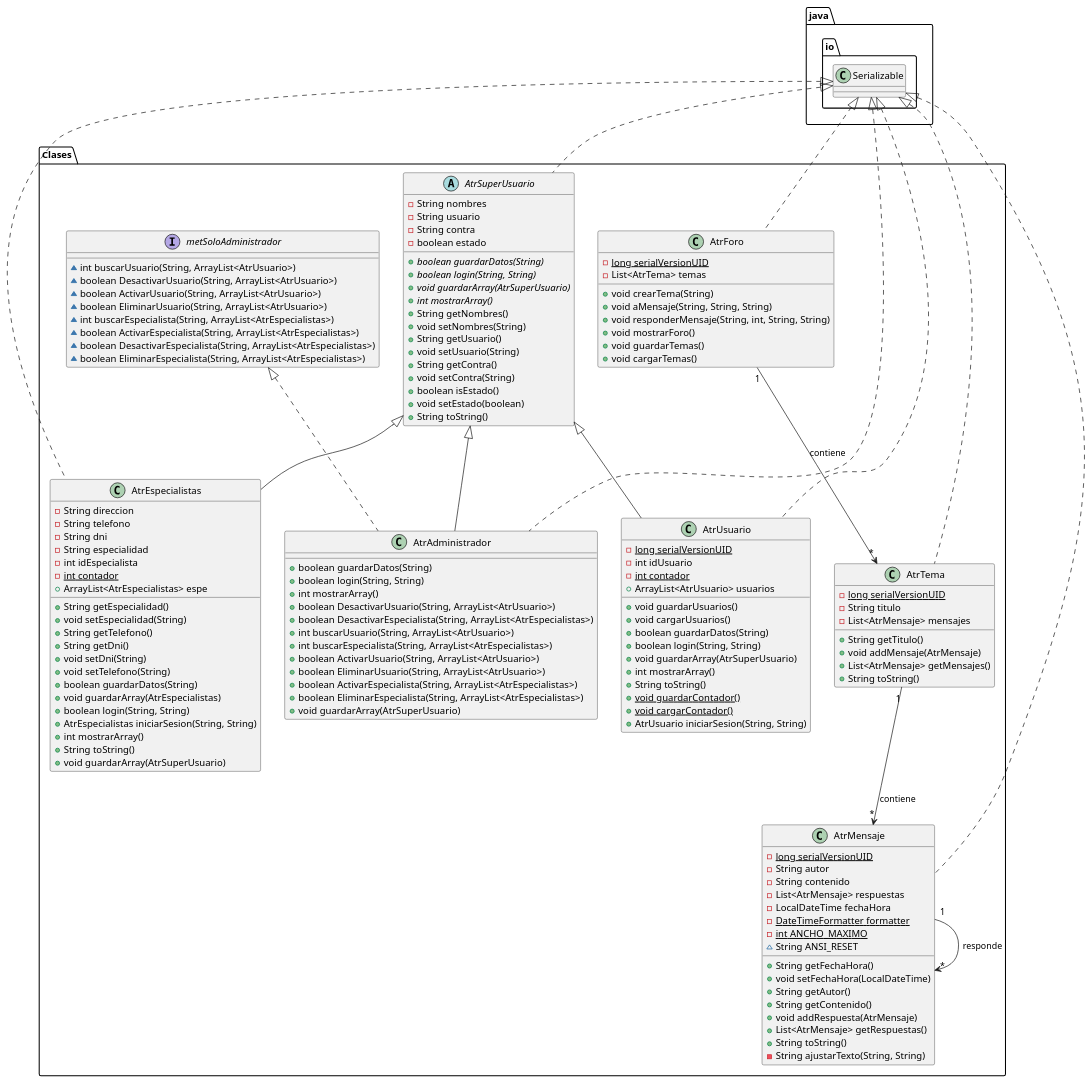
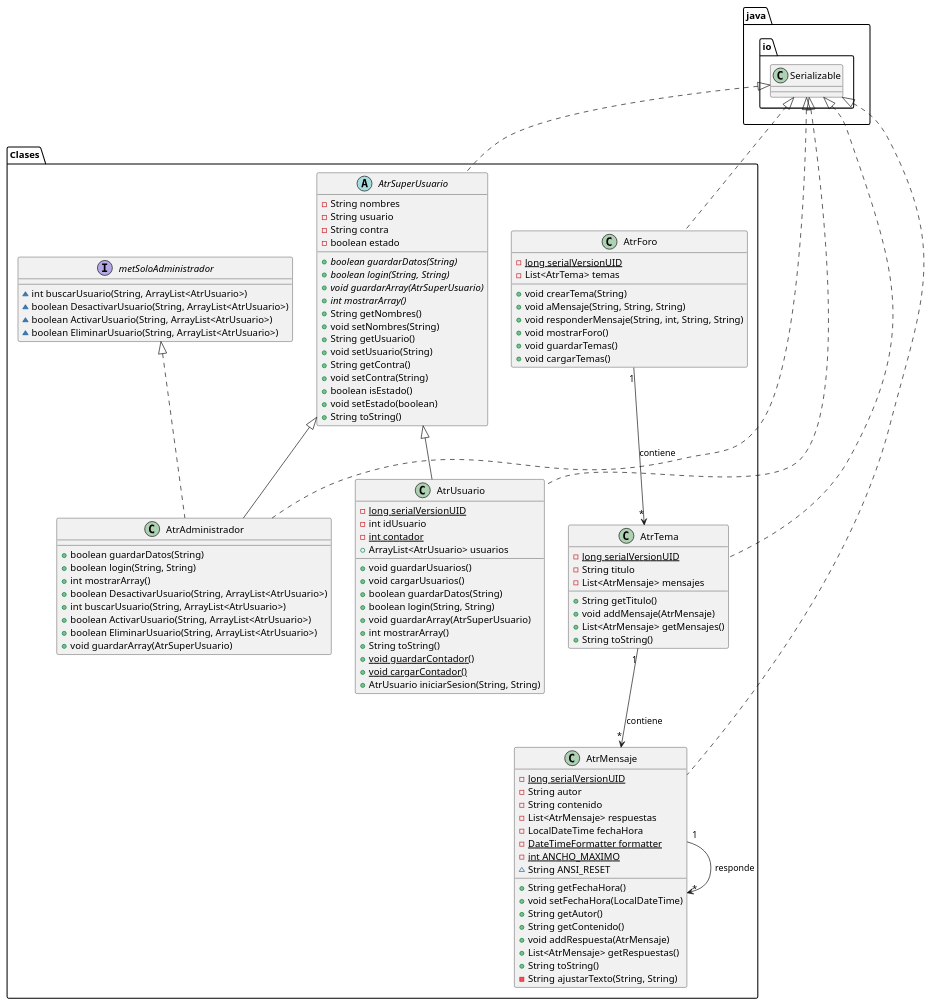
Before and after one commit to ccj14a/SistemaForoProyecto: the diagram in uml.puml, drawn with PlantUML. The commit also changed 20 other files, not shown here.

```diff
--- a/uml.puml
+++ b/uml.puml
@@ -1,148 +1,117 @@
 @startuml
 class Clases.AtrAdministrador {
 + boolean guardarDatos(String)
 + boolean login(String, String)
 + int mostrarArray()
 + boolean DesactivarUsuario(String, ArrayList<AtrUsuario>)
-+ boolean DesactivarEspecialista(String, ArrayList<AtrEspecialistas>)
 + int buscarUsuario(String, ArrayList<AtrUsuario>)
-+ int buscarEspecialista(String, ArrayList<AtrEspecialistas>)
 + boolean ActivarUsuario(String, ArrayList<AtrUsuario>)
 + boolean EliminarUsuario(String, ArrayList<AtrUsuario>)
-+ boolean ActivarEspecialista(String, ArrayList<AtrEspecialistas>)
-+ boolean EliminarEspecialista(String, ArrayList<AtrEspecialistas>)
 + void guardarArray(AtrSuperUsuario)
 }
 
-class Clases.AtrEspecialistas {
-- String direccion
-- String telefono
-- String dni
-- String especialidad
-- int idEspecialista
-- {static} int contador
-+ ArrayList<AtrEspecialistas> espe
-+ String getEspecialidad()
-+ void setEspecialidad(String)
-+ String getTelefono()
-+ String getDni()
-+ void setDni(String)
-+ void setTelefono(String)
-+ boolean guardarDatos(String)
-+ void guardarArray(AtrEspecialistas)
-+ boolean login(String, String)
-+ AtrEspecialistas iniciarSesion(String, String)
-+ int mostrarArray()
-+ String toString()
-+ void guardarArray(AtrSuperUsuario)
-}
+
 
 class Clases.AtrMensaje {
 - {static} long serialVersionUID
 - String autor
 - String contenido
 - List<AtrMensaje> respuestas
 - LocalDateTime fechaHora
 - {static} DateTimeFormatter formatter
 - {static} int ANCHO_MAXIMO
 ~ String ANSI_RESET
 + String getFechaHora()
 + void setFechaHora(LocalDateTime)
 + String getAutor()
 + String getContenido()
 + void addRespuesta(AtrMensaje)
 + List<AtrMensaje> getRespuestas()
 + String toString()
 - String ajustarTexto(String, String)
 }
 
 class Clases.AtrUsuario {
 - {static} long serialVersionUID
 - int idUsuario
 - {static} int contador
 + ArrayList<AtrUsuario> usuarios
 + void guardarUsuarios()
 + void cargarUsuarios()
 + boolean guardarDatos(String)
 + boolean login(String, String)
 + void guardarArray(AtrSuperUsuario)
 + int mostrarArray()
 + String toString()
 + {static} void guardarContador()
 + {static} void cargarContador()
 + AtrUsuario iniciarSesion(String, String)
 }
 
 interface Clases.metSoloAdministrador {
 ~ int buscarUsuario(String, ArrayList<AtrUsuario>)
 ~ boolean DesactivarUsuario(String, ArrayList<AtrUsuario>)
 ~ boolean ActivarUsuario(String, ArrayList<AtrUsuario>)
 ~ boolean EliminarUsuario(String, ArrayList<AtrUsuario>)
-~ int buscarEspecialista(String, ArrayList<AtrEspecialistas>)
-~ boolean ActivarEspecialista(String, ArrayList<AtrEspecialistas>)
-~ boolean DesactivarEspecialista(String, ArrayList<AtrEspecialistas>)
-~ boolean EliminarEspecialista(String, ArrayList<AtrEspecialistas>)
 }
 
 class Clases.AtrForo {
 - {static} long serialVersionUID
 - List<AtrTema> temas
 + void crearTema(String)
 + void aMensaje(String, String, String)
 + void responderMensaje(String, int, String, String)
 + void mostrarForo()
 + void guardarTemas()
 + void cargarTemas()
 }
 
 abstract class Clases.AtrSuperUsuario {
 - String nombres
 - String usuario
 - String contra
 - boolean estado
 + {abstract}boolean guardarDatos(String)
 + {abstract}boolean login(String, String)
 + {abstract}void guardarArray(AtrSuperUsuario)
 + {abstract}int mostrarArray()
 + String getNombres()
 + void setNombres(String)
 + String getUsuario()
 + void setUsuario(String)
 + String getContra()
 + void setContra(String)
 + boolean isEstado()
 + void setEstado(boolean)
 + String toString()
 }
 
 class Clases.AtrTema {
 - {static} long serialVersionUID
 - String titulo
 - List<AtrMensaje> mensajes
 + String getTitulo()
 + void addMensaje(AtrMensaje)
 + List<AtrMensaje> getMensajes()
 + String toString()
 }
 
 
 
 Clases.metSoloAdministrador <|.. Clases.AtrAdministrador
 java.io.Serializable <|.. Clases.AtrAdministrador
 Clases.AtrSuperUsuario <|-- Clases.AtrAdministrador
-java.io.Serializable <|.. Clases.AtrEspecialistas
-Clases.AtrSuperUsuario <|-- Clases.AtrEspecialistas
 java.io.Serializable <|.. Clases.AtrMensaje
 java.io.Serializable <|.. Clases.AtrUsuario
 Clases.AtrSuperUsuario <|-- Clases.AtrUsuario
 java.io.Serializable <|.. Clases.AtrForo
 java.io.Serializable <|.. Clases.AtrSuperUsuario
 java.io.Serializable <|.. Clases.AtrTema
 
 Clases.AtrForo "1" --> "*" Clases.AtrTema : contiene
 Clases.AtrTema "1" --> "*" Clases.AtrMensaje : contiene
 Clases.AtrMensaje "1" --> "*" Clases.AtrMensaje : responde
 
 
 
 @enduml
```
